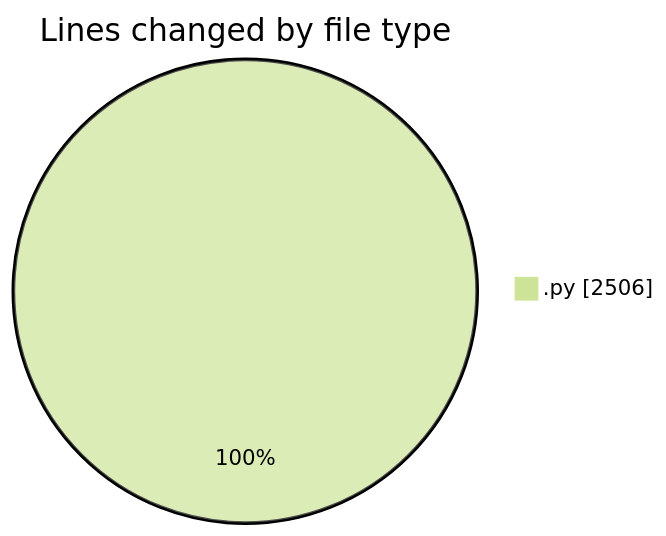
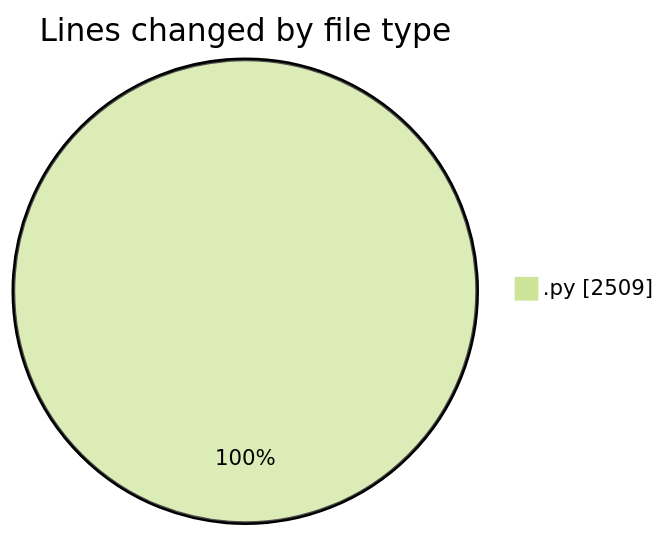
Before and after one commit to Ritupan-Deka/code-tracking: the first of 2 diagrams in 2026-01-11/dsa/README.md, drawn with Mermaid (forest theme). The commit also changed other lines of this file and 1 other file, not shown here.

````diff
--- a/2026-01-11/dsa/README.md
+++ b/2026-01-11/dsa/README.md
@@ -21,5 +21,5 @@
 ```mermaid
 pie showData
 title Lines changed by file type
-".py" : 2506
+".py" : 2509
 ```
````
